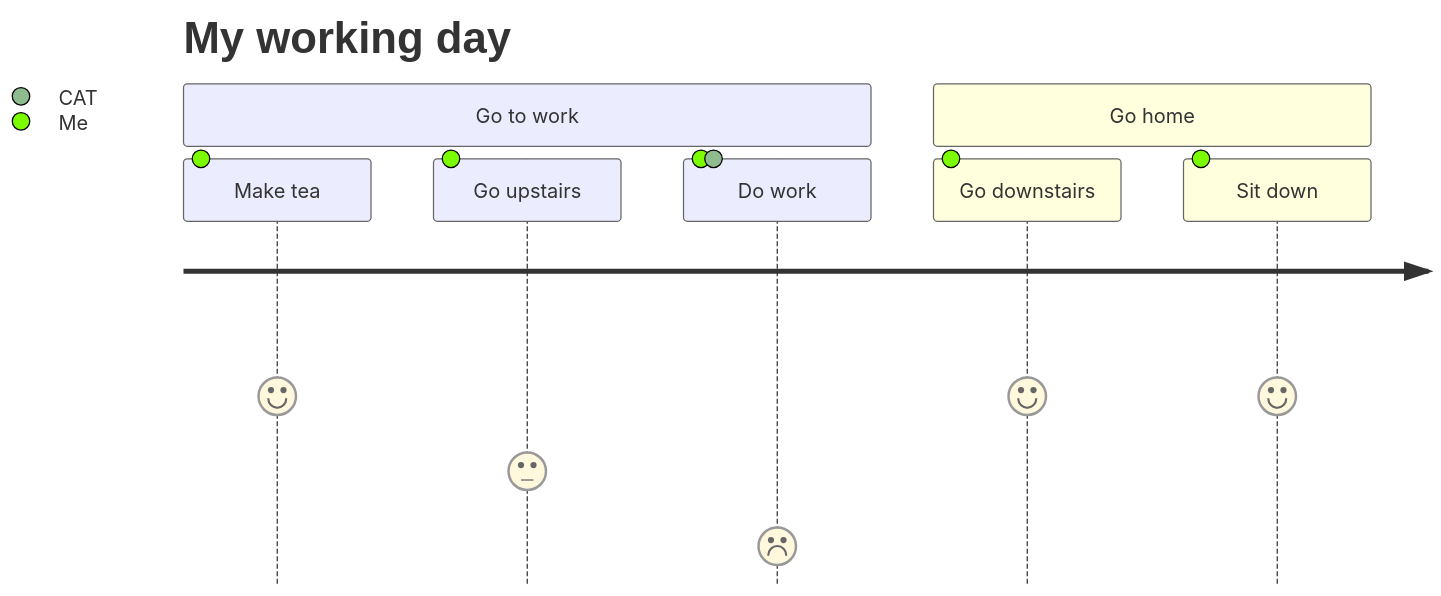
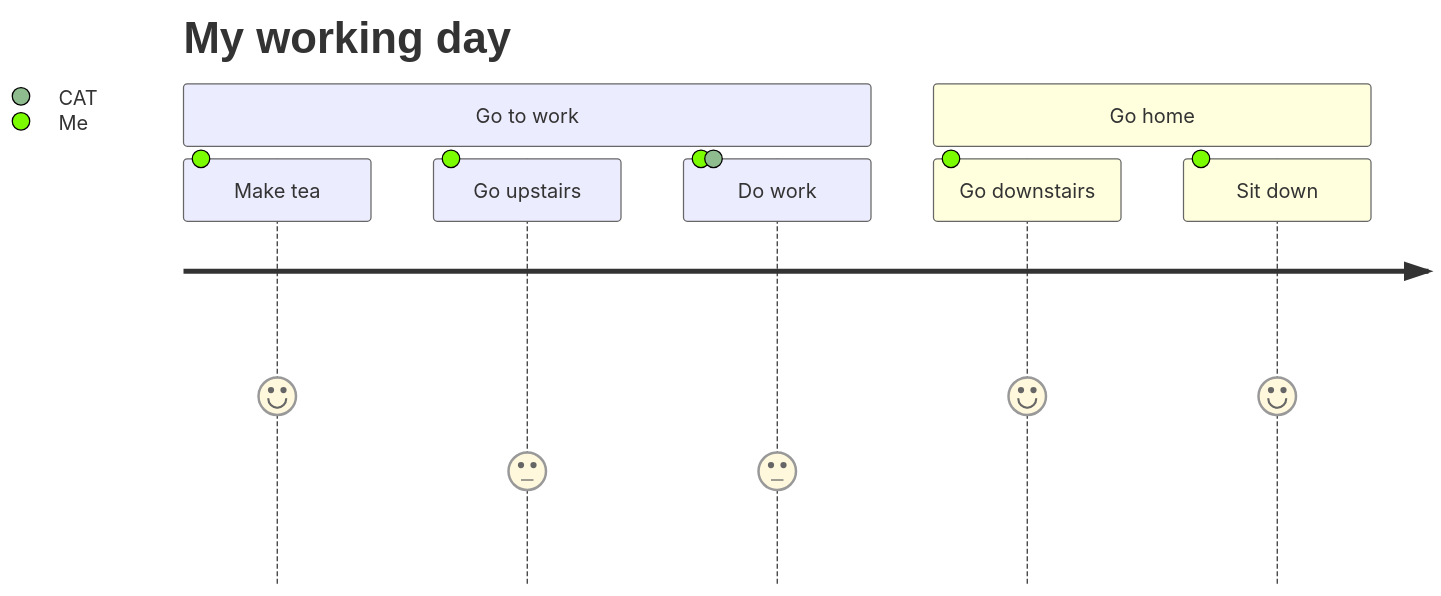
Before and after one commit to pharry/pharry: the diagram in README.md, drawn with Mermaid.

````diff
--- a/README.md
+++ b/README.md
@@ -7,11 +7,11 @@
 ```mermaid
 journey
     title My working day
     section Go to work
       Make tea: 5: Me
       Go upstairs: 3: Me
-      Do work: 1: Me, CAT
+      Do work: 3: Me, CAT
     section Go home
       Go downstairs: 5: Me
       Sit down: 5: Me
 ```
````
